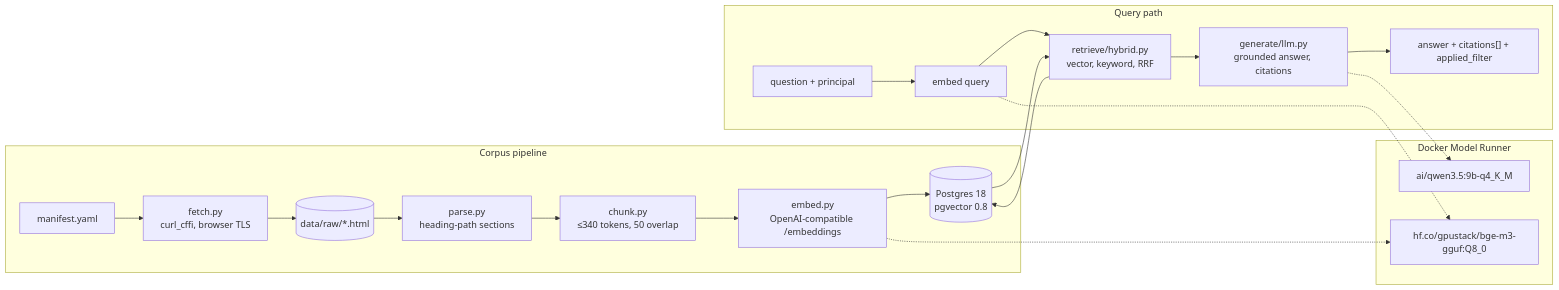
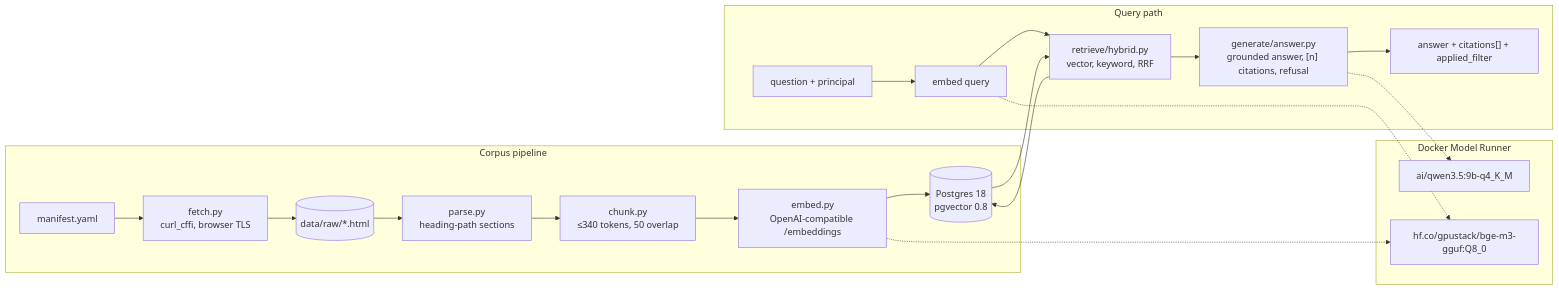
One commit to sadohert/hts-sovrag changed the first of 2 diagrams in docs/architecture.md. Above: the diagram before and after it, drawn with Mermaid. The commit also changed other lines of this file and 24 other files, not shown here.

First line of the commit message:
Grounded answers with citations and refusal (#10)

````diff
--- a/docs/architecture.md
+++ b/docs/architecture.md
@@ -7,29 +7,29 @@
 ```mermaid
 flowchart LR
   subgraph corpus [Corpus pipeline]
     M[manifest.yaml] --> F[fetch.py<br/>curl_cffi, browser TLS]
     F --> R[(data/raw/*.html)]
     R --> P[parse.py<br/>heading-path sections]
     P --> C[chunk.py<br/>&le;340 tokens, 50 overlap]
     C --> E[embed.py<br/>OpenAI-compatible /embeddings]
     E --> S[(Postgres 18<br/>pgvector 0.8)]
   end
 
   subgraph serve [Query path]
     Q[question + principal] --> QE[embed query]
     QE --> RT[retrieve/hybrid.py<br/>vector, keyword, RRF]
     RT --> S
     S --> RT
-    RT --> G[generate/llm.py<br/>grounded answer, citations]
+    RT --> G["generate/answer.py<br/>grounded answer, [n] citations, refusal"]
     G --> A["answer + citations[] + applied_filter"]
   end
 
   subgraph models [Docker Model Runner]
     LLM["ai/qwen3.5:9b-q4_K_M"]
     EMB["hf.co/gpustack/bge-m3-gguf:Q8_0"]
   end
 
   E -.-> EMB
   QE -.-> EMB
   G -.-> LLM
 ```
````
